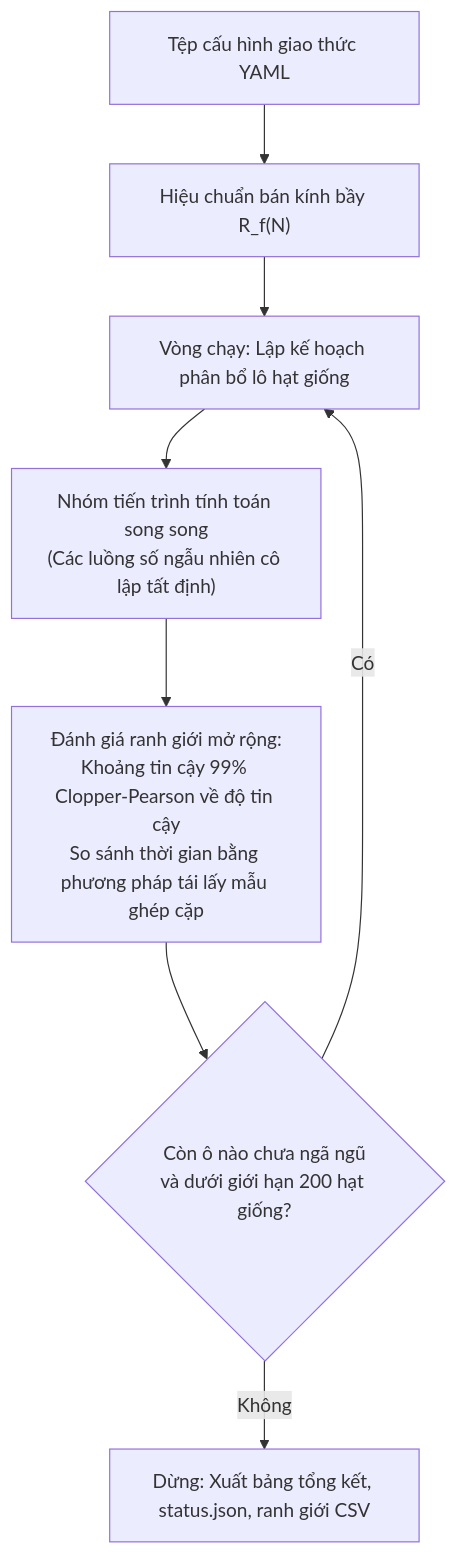
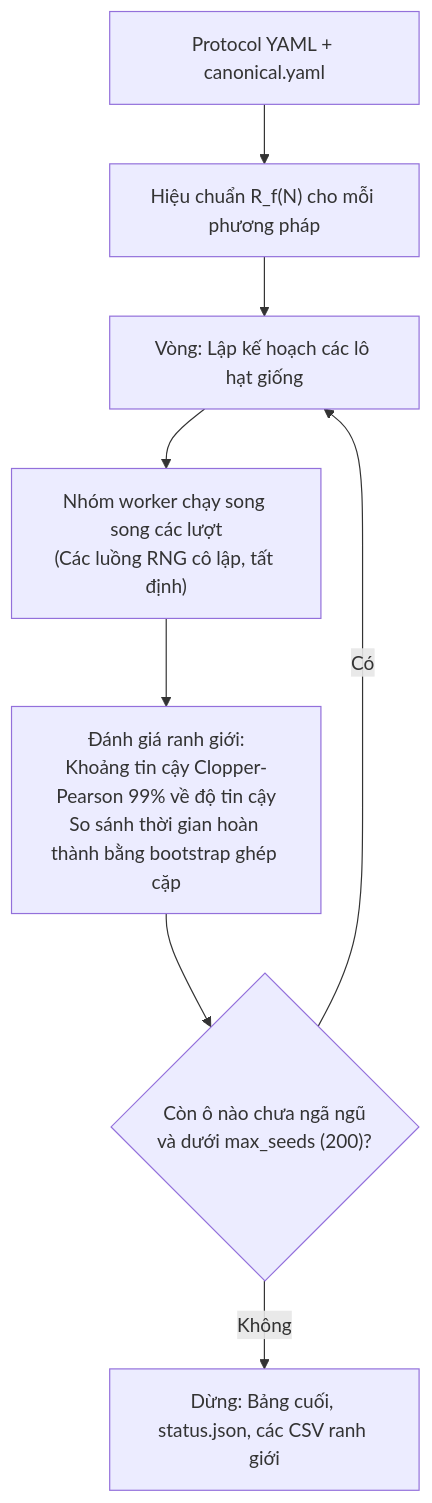
The diagram in README_vi.md (lykimq/HerdSim), drawn with Mermaid before and after one commit. The commit also changed other lines of this file and 39 other files, not shown here.

````diff
--- a/README_vi.md
+++ b/README_vi.md
@@ -90,10 +102,10 @@
 ```mermaid
 flowchart TD
-    P["Tệp cấu hình giao thức YAML"] --> CAL["Hiệu chuẩn bán kính bầy R_f(N)"]
-    CAL --> R["Vòng chạy: Lập kế hoạch phân bổ lô hạt giống"]
-    R --> W["Nhóm tiến trình tính toán song song<br/>(Các luồng số ngẫu nhiên cô lập tất định)"]
-    W --> F["Đánh giá ranh giới mở rộng:<br/>Khoảng tin cậy 99% Clopper-Pearson về độ tin cậy<br/>So sánh thời gian bằng phương pháp tái lấy mẫu ghép cặp"]
-    F --> Q{"Còn ô nào chưa ngã ngũ<br/>và dưới giới hạn 200 hạt giống?"}
+    P["Protocol YAML + canonical.yaml"] --> CAL["Hiệu chuẩn R_f(N) cho mỗi phương pháp"]
+    CAL --> R["Vòng: Lập kế hoạch các lô hạt giống"]
+    R --> W["Nhóm worker chạy song song các lượt<br/>(Các luồng RNG cô lập, tất định)"]
+    W --> F["Đánh giá ranh giới:<br/>Khoảng tin cậy Clopper-Pearson 99% về độ tin cậy<br/>So sánh thời gian hoàn thành bằng bootstrap ghép cặp"]
+    F --> Q{"Còn ô nào chưa ngã ngũ<br/>và dưới max_seeds (200)?"}
     Q -- Có --> R
-    Q -- Không --> S["Dừng: Xuất bảng tổng kết, status.json, ranh giới CSV"]
+    Q -- Không --> S["Dừng: Bảng cuối, status.json, các CSV ranh giới"]
 ```
````
